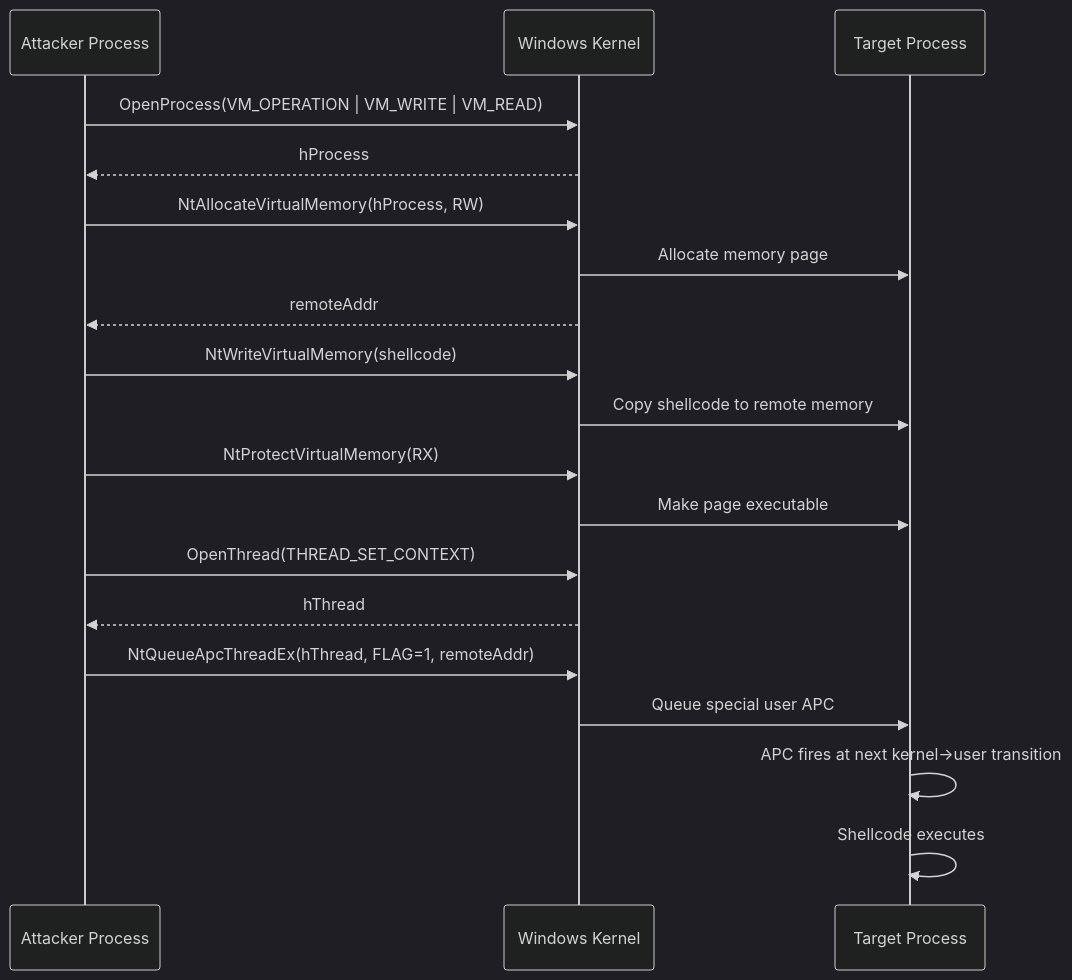
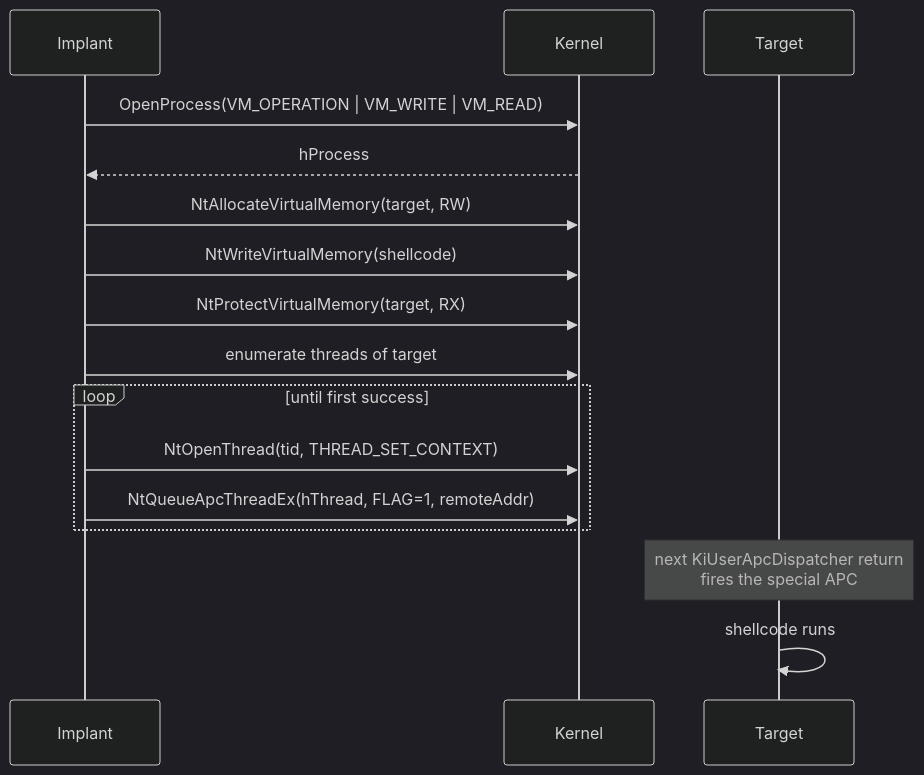
The diagram in docs/techniques/injection/nt-queue-apc-thread-ex.md (oioio-space/maldev), drawn with Mermaid (dark theme) before and after one commit. The commit also changed other lines of this file and 3 other files, not shown here.

````diff
--- a/docs/techniques/injection/nt-queue-apc-thread-ex.md
+++ b/docs/techniques/injection/nt-queue-apc-thread-ex.md
@@ -15,27 +43,21 @@
 ```mermaid
 sequenceDiagram
-    participant Attacker as Attacker Process
-    participant Kernel as Windows Kernel
-    participant Target as Target Process
+    participant Impl as Implant
+    participant Kern as Kernel
+    participant Tgt as Target
 
-    Attacker->>Kernel: OpenProcess(VM_OPERATION | VM_WRITE | VM_READ)
-    Kernel-->>Attacker: hProcess
+    Impl->>Kern: OpenProcess(VM_OPERATION | VM_WRITE | VM_READ)
+    Kern-->>Impl: hProcess
+    Impl->>Kern: NtAllocateVirtualMemory(target, RW)
+    Impl->>Kern: NtWriteVirtualMemory(shellcode)
+    Impl->>Kern: NtProtectVirtualMemory(target, RX)
 
-    Attacker->>Kernel: NtAllocateVirtualMemory(hProcess, RW)
-    Kernel->>Target: Allocate memory page
-    Kernel-->>Attacker: remoteAddr
+    Impl->>Kern: enumerate threads of target
+    loop until first success
+        Impl->>Kern: NtOpenThread(tid, THREAD_SET_CONTEXT)
+        Impl->>Kern: NtQueueApcThreadEx(hThread, FLAG=1, remoteAddr)
+    end
 
-    Attacker->>Kernel: NtWriteVirtualMemory(shellcode)
-    Kernel->>Target: Copy shellcode to remote memory
-
-    Attacker->>Kernel: NtProtectVirtualMemory(RX)
-    Kernel->>Target: Make page executable
-
-    Attacker->>Kernel: OpenThread(THREAD_SET_CONTEXT)
-    Kernel-->>Attacker: hThread
-
-    Attacker->>Kernel: NtQueueApcThreadEx(hThread, FLAG=1, remoteAddr)
-    Kernel->>Target: Queue special user APC
-    Target->>Target: APC fires at next kernel→user transition
-    Target->>Target: Shellcode executes
+    Note over Tgt: next KiUserApcDispatcher return<br/>fires the special APC
+    Tgt->>Tgt: shellcode runs
 ```
````
